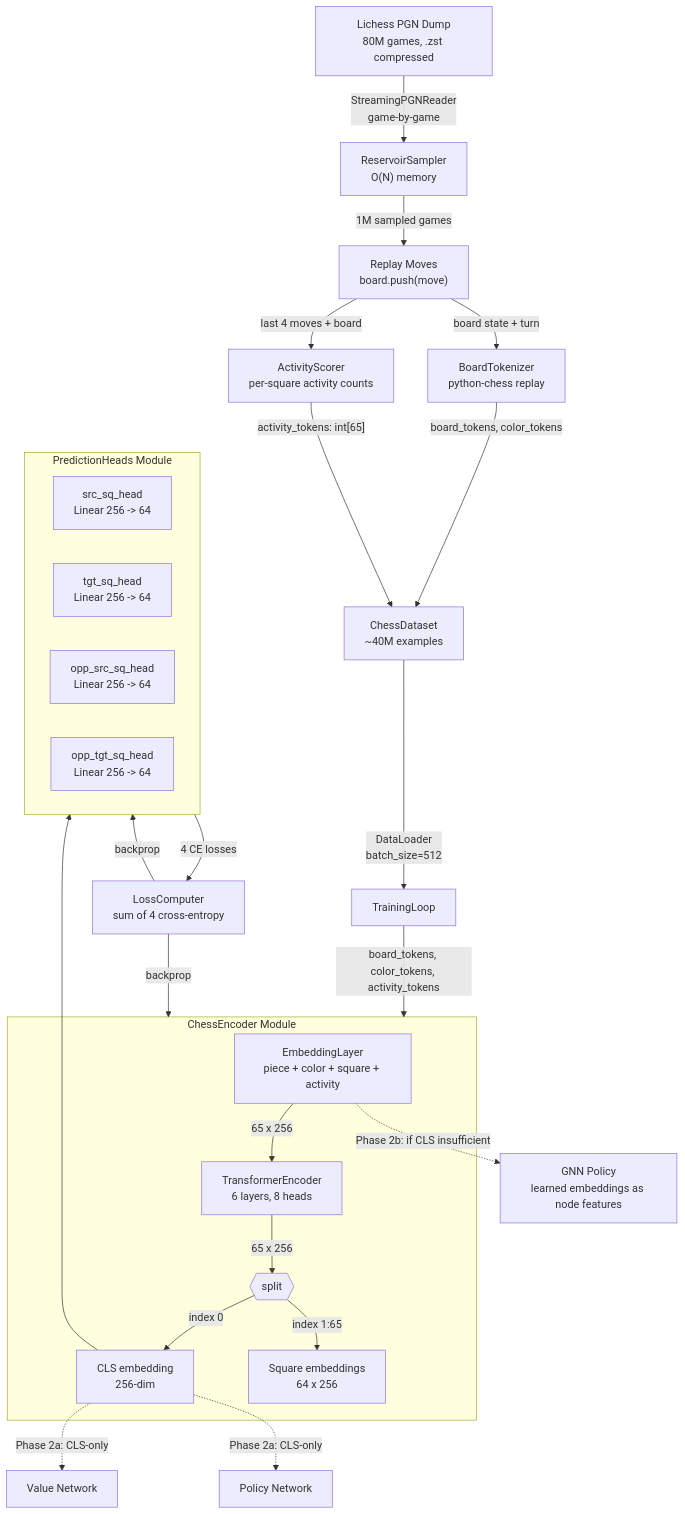
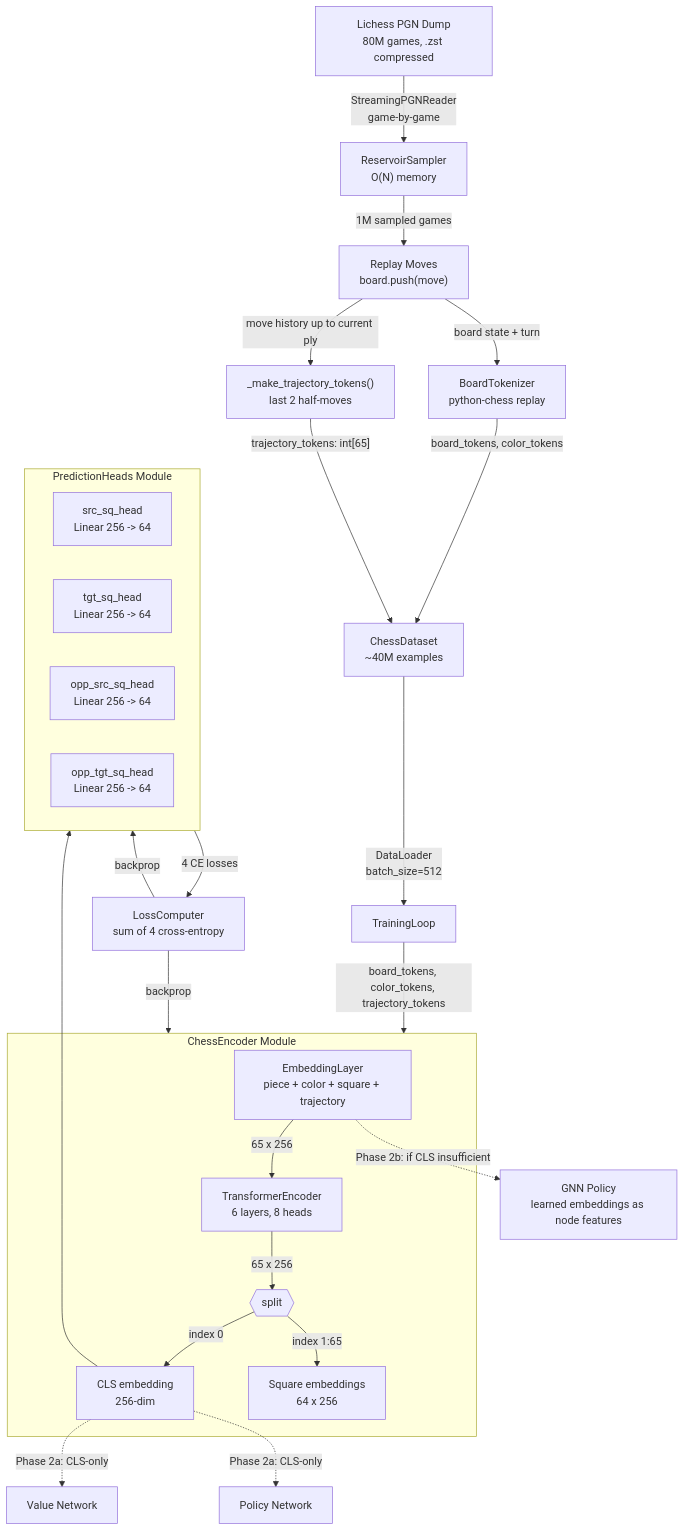
The first of 6 diagrams in chess_encoder_final_design.md (sombersomni/chess-policy-agent), drawn with Mermaid before and after one commit. The commit also changed other lines of this file and 4 other files, not shown here.

````diff
--- a/chess_encoder_final_design.md
+++ b/chess_encoder_final_design.md
@@ -30,36 +30,36 @@
 ```mermaid
 flowchart TD
     PGN["Lichess PGN Dump<br/>80M games, .zst compressed"] -->|"StreamingPGNReader<br/>game-by-game"| RS["ReservoirSampler<br/>O(N) memory"]
     RS -->|"1M sampled games"| REPLAY["Replay Moves<br/>board.push(move)"]
     REPLAY -->|"board state + turn"| TOK["BoardTokenizer<br/>python-chess replay"]
-    REPLAY -->|"last 4 moves + board"| SCORE["ActivityScorer<br/>per-square activity counts"]
+    REPLAY -->|"move history up to current ply"| TRAJ["_make_trajectory_tokens()<br/>last 2 half-moves"]
     TOK -->|"board_tokens, color_tokens"| DS["ChessDataset<br/>~40M examples"]
-    SCORE -->|"activity_tokens: int[65]"| DS
+    TRAJ -->|"trajectory_tokens: int[65]"| DS
     DS -->|"DataLoader<br/>batch_size=512"| TRAIN["TrainingLoop"]
 
     subgraph ENCODER["ChessEncoder Module"]
-        EMB["EmbeddingLayer<br/>piece + color + square + activity"] -->|"65 x 256"| TF["TransformerEncoder<br/>6 layers, 8 heads"]
+        EMB["EmbeddingLayer<br/>piece + color + square + trajectory"] -->|"65 x 256"| TF["TransformerEncoder<br/>6 layers, 8 heads"]
         TF -->|"65 x 256"| SPLIT{{"split"}}
         SPLIT -->|"index 0"| CLS["CLS embedding<br/>256-dim"]
         SPLIT -->|"index 1:65"| SQ["Square embeddings<br/>64 x 256"]
     end
 
-    TRAIN -->|"board_tokens, color_tokens, activity_tokens"| ENCODER
+    TRAIN -->|"board_tokens, color_tokens, trajectory_tokens"| ENCODER
 
     CLS --> HEADS["PredictionHeads"]
 
     subgraph HEADS["PredictionHeads Module"]
         H1["src_sq_head<br/>Linear 256 -> 64"]
         H2["tgt_sq_head<br/>Linear 256 -> 64"]
         H3["opp_src_sq_head<br/>Linear 256 -> 64"]
         H4["opp_tgt_sq_head<br/>Linear 256 -> 64"]
     end
 
     HEADS -->|"4 CE losses"| LOSS["LossComputer<br/>sum of 4 cross-entropy"]
     LOSS -->|"backprop"| ENCODER
     LOSS -->|"backprop"| HEADS
 
     CLS -.->|"Phase 2a: CLS-only"| VN["Value Network"]
     CLS -.->|"Phase 2a: CLS-only"| PN["Policy Network"]
     EMB -.->|"Phase 2b: if CLS insufficient"| GNN["GNN Policy<br/>learned embeddings as node features"]
 ```
````
